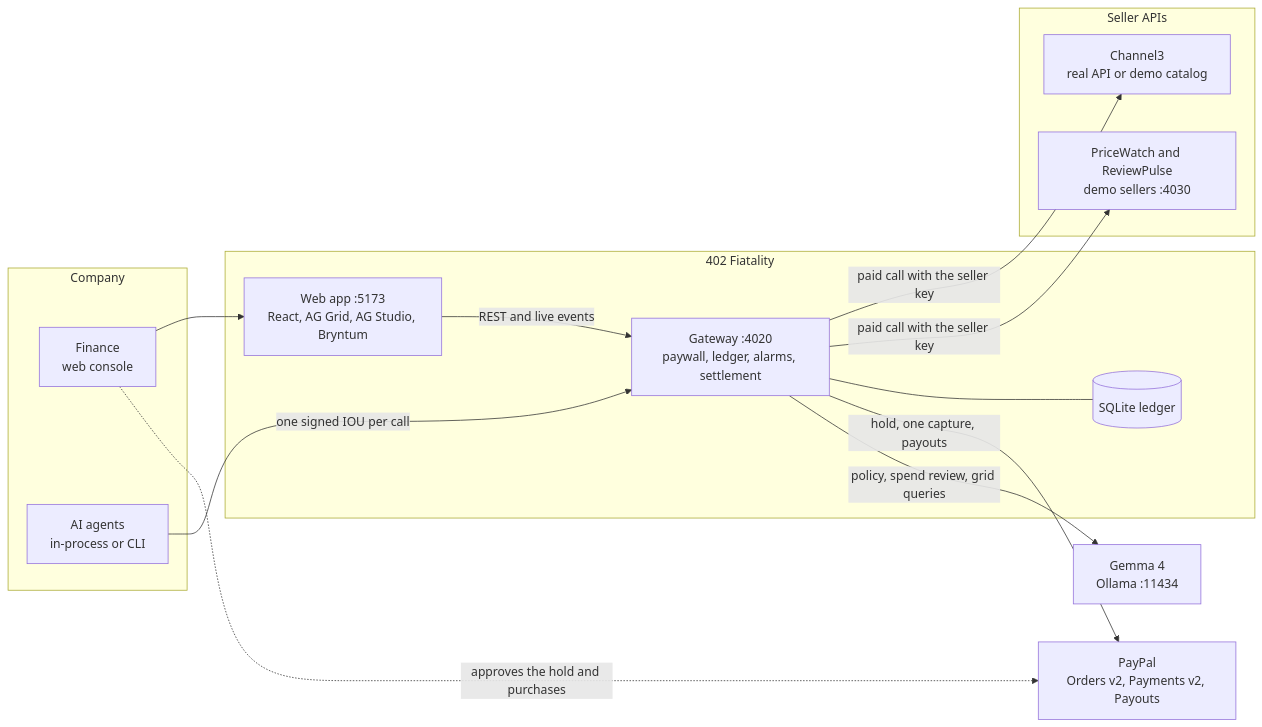
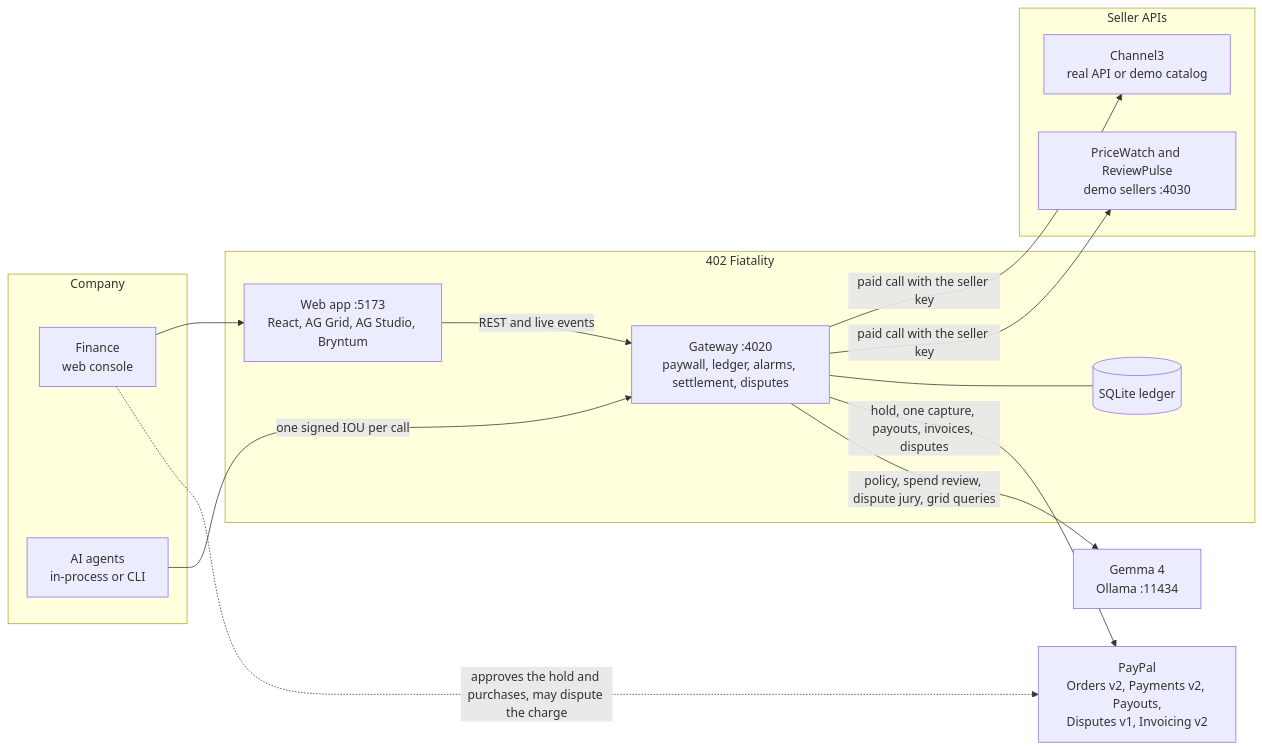
One commit to EmoBanana/402-fiatality changed the diagram in README.md. Above: the diagram before and after it, drawn with Mermaid. The commit also changed other lines of this file and 3 other files, not shown here.

Commit message:
Updated docs for disputes and the jury

````diff
--- a/README.md
+++ b/README.md
@@ -58,31 +59,31 @@
 ```mermaid
 flowchart LR
   subgraph company["Company"]
     finance["Finance<br/>web console"]
     agents["AI agents<br/>in-process or CLI"]
   end
 
   subgraph fiatality["402 Fiatality"]
     web["Web app :5173<br/>React, AG Grid, AG Studio, Bryntum"]
-    gateway["Gateway :4020<br/>paywall, ledger, alarms, settlement"]
+    gateway["Gateway :4020<br/>paywall, ledger, alarms, settlement, disputes"]
     db[("SQLite ledger")]
   end
 
   subgraph apis["Seller APIs"]
     channel3["Channel3<br/>real API or demo catalog"]
     demo["PriceWatch and ReviewPulse<br/>demo sellers :4030"]
   end
 
-  paypal["PayPal<br/>Orders v2, Payments v2, Payouts"]
+  paypal["PayPal<br/>Orders v2, Payments v2, Payouts,<br/>Disputes v1, Invoicing v2"]
   gemma["Gemma 4<br/>Ollama :11434"]
 
   finance --> web
   web -->|REST and live events| gateway
   agents -->|one signed IOU per call| gateway
   gateway -->|paid call with the seller key| channel3
   gateway -->|paid call with the seller key| demo
   gateway --- db
-  gateway -->|hold, one capture, payouts| paypal
-  gateway -->|policy, spend review, grid queries| gemma
-  finance -.->|approves the hold and purchases| paypal
+  gateway -->|hold, one capture, payouts, invoices, disputes| paypal
+  gateway -->|policy, spend review, dispute jury, grid queries| gemma
+  finance -.->|approves the hold and purchases, may dispute the charge| paypal
 ```
````
